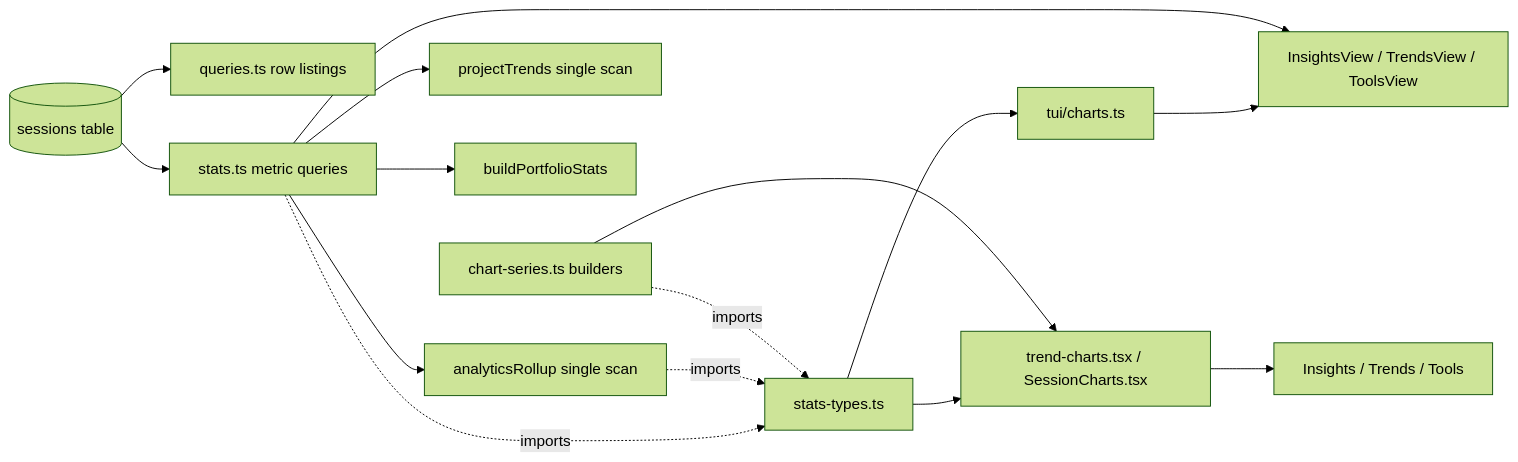
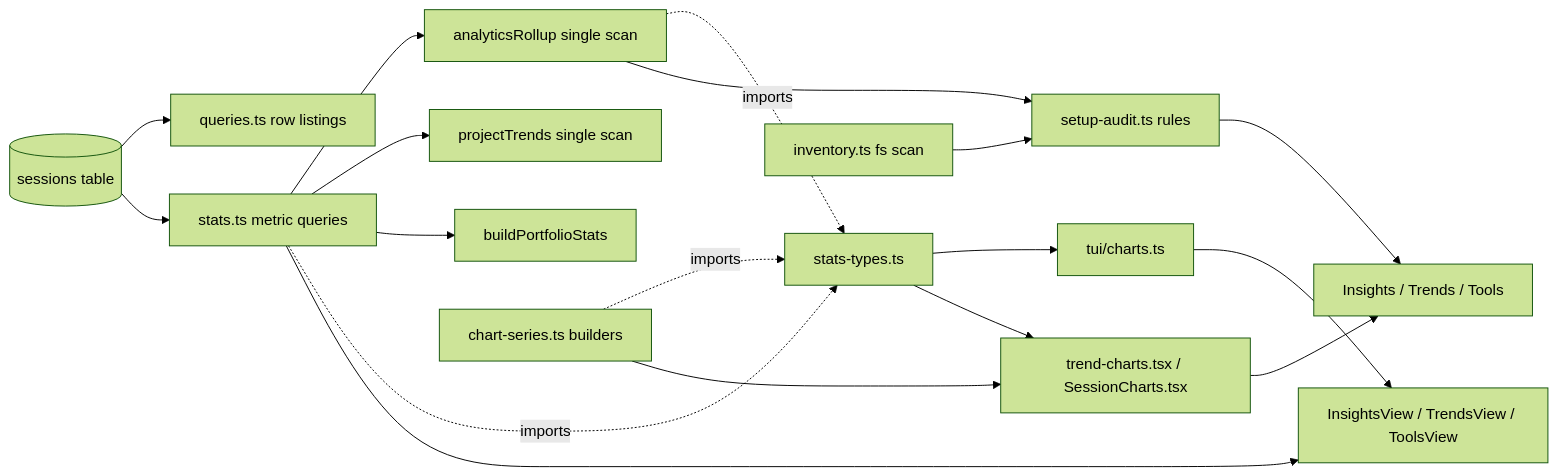
The diagram in wiki/7-analytics-and-insights.md (yorch/cc-analyzer), drawn with Mermaid (forest theme) before and after one commit. The commit also changed other lines of this file and 44 other files, not shown here.

First line of the commit message:
feat: portfolio insights engine, setup audit, cost-optimization rollups, and cost-basis framing (#61)

````diff
--- a/wiki/7-analytics-and-insights.md
+++ b/wiki/7-analytics-and-insights.md
@@ -29,20 +31,24 @@
 ```mermaid
 flowchart LR
     DB[(sessions table)] --> queries[queries.ts row listings]
     DB --> stats[stats.ts metric queries]
     stats --> rollup[analyticsRollup single scan]
     stats --> trends[projectTrends single scan]
     stats --> portfolio[buildPortfolioStats]
 
     stats -.imports.-> types[stats-types.ts]
     rollup -.imports.-> types
     series[chart-series.ts builders] -.imports.-> types
 
     types --> tuiCharts[tui/charts.ts]
     tuiCharts --> tuiViews[InsightsView / TrendsView / ToolsView]
     stats --> tuiViews
 
     types --> webCharts[trend-charts.tsx / SessionCharts.tsx]
     series --> webCharts
     webCharts --> webViews[Insights / Trends / Tools]
+
+    inventory[inventory.ts fs scan] --> audit[setup-audit.ts rules]
+    rollup --> audit
+    audit --> webViews
 ```
````
